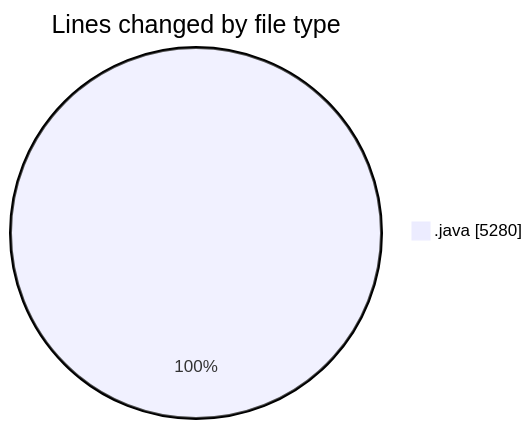
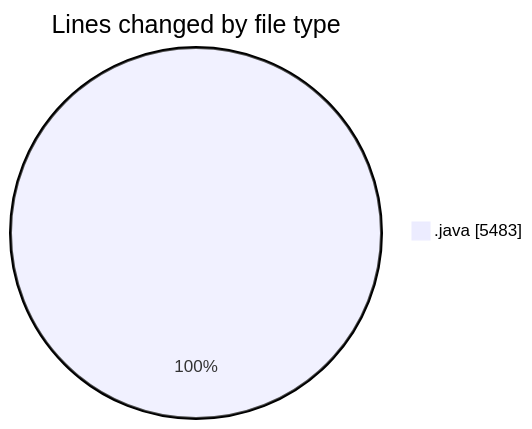
Before and after one commit to ricardozamudiocil/code-tracking: the first of 2 diagrams in 2026-05-05/cilapp/README.md, drawn with Mermaid. The commit also changed other lines of this file and 1 other file, not shown here.

````diff
--- a/2026-05-05/cilapp/README.md
+++ b/2026-05-05/cilapp/README.md
@@ -25,5 +25,5 @@
 ```mermaid
 pie showData
 title Lines changed by file type
-".java" : 5280
+".java" : 5483
 ```
````
